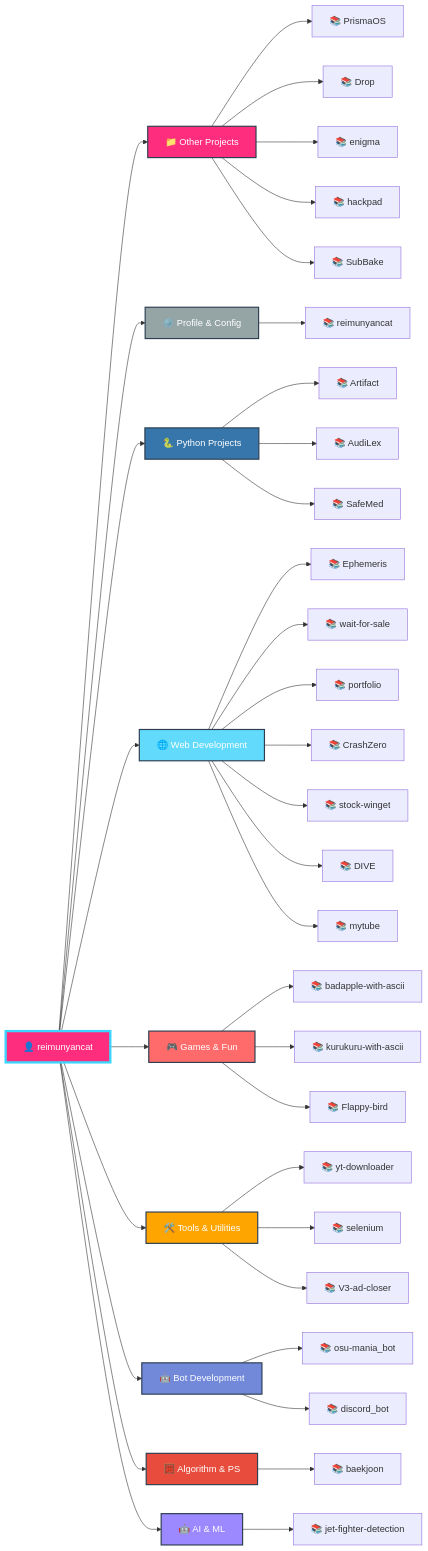
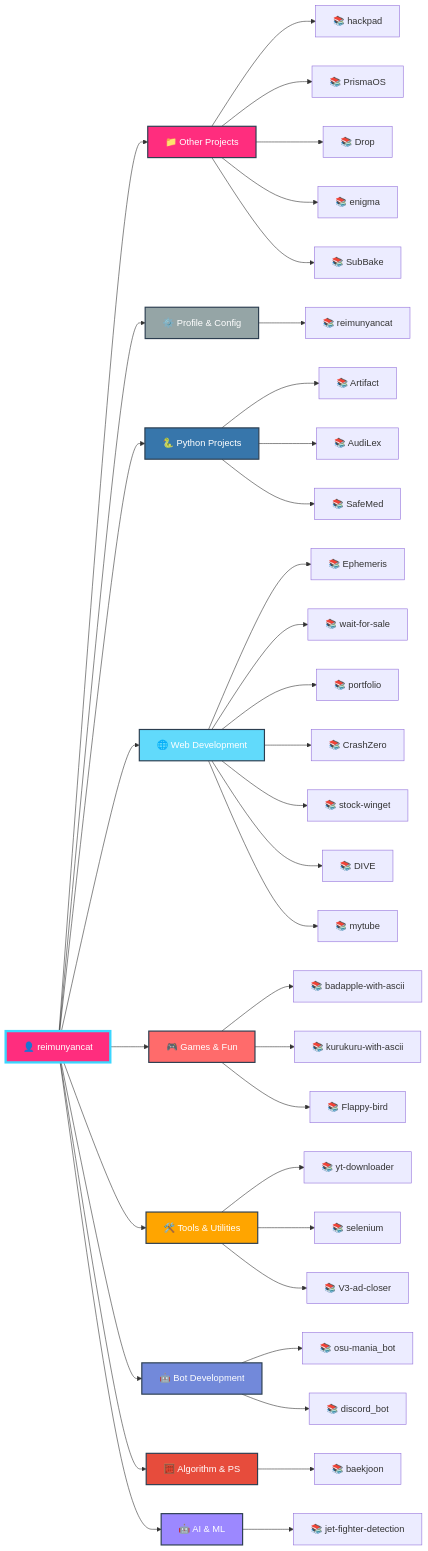
The diagram in README.md (reimunyancat/reimunyancat), drawn with Mermaid before and after one commit. The commit also changed other lines of this file, not shown here.

````diff
--- a/README.md
+++ b/README.md
@@ -159,59 +159,59 @@
 ```mermaid
 graph LR
   A[👤 reimunyancat]
 
   A --> CAT0[📁 Other Projects]
-  CAT0 --> CAT0_0[📚 PrismaOS]
-  CAT0 --> CAT0_1[📚 Drop]
-  CAT0 --> CAT0_2[📚 enigma]
-  CAT0 --> CAT0_3[📚 hackpad]
+  CAT0 --> CAT0_0[📚 hackpad]
+  CAT0 --> CAT0_1[📚 PrismaOS]
+  CAT0 --> CAT0_2[📚 Drop]
+  CAT0 --> CAT0_3[📚 enigma]
   CAT0 --> CAT0_4[📚 SubBake]
 
   A --> CAT1[⚙️ Profile & Config]
   CAT1 --> CAT1_0[📚 reimunyancat]
 
   A --> CAT2[🐍 Python Projects]
   CAT2 --> CAT2_0[📚 Artifact]
   CAT2 --> CAT2_1[📚 AudiLex]
   CAT2 --> CAT2_2[📚 SafeMed]
 
   A --> CAT3[🌐 Web Development]
   CAT3 --> CAT3_0[📚 Ephemeris]
   CAT3 --> CAT3_1[📚 wait-for-sale]
   CAT3 --> CAT3_2[📚 portfolio]
   CAT3 --> CAT3_3[📚 CrashZero]
   CAT3 --> CAT3_4[📚 stock-winget]
   CAT3 --> CAT3_5[📚 DIVE]
   CAT3 --> CAT3_6[📚 mytube]
 
   A --> CAT4[🎮 Games & Fun]
   CAT4 --> CAT4_0[📚 badapple-with-ascii]
   CAT4 --> CAT4_1[📚 kurukuru-with-ascii]
   CAT4 --> CAT4_2[📚 Flappy-bird]
 
   A --> CAT5[🛠️ Tools & Utilities]
   CAT5 --> CAT5_0[📚 yt-downloader]
   CAT5 --> CAT5_1[📚 selenium]
   CAT5 --> CAT5_2[📚 V3-ad-closer]
 
   A --> CAT6[🤖 Bot Development]
   CAT6 --> CAT6_0[📚 osu-mania_bot]
   CAT6 --> CAT6_1[📚 discord_bot]
 
   A --> CAT7[🧮 Algorithm & PS]
   CAT7 --> CAT7_0[📚 baekjoon]
 
   A --> CAT8[🤖 AI & ML]
   CAT8 --> CAT8_0[📚 jet-fighter-detection]
 
   style A fill:#FF2D7E,stroke:#3BD6FF,stroke-width:4px,color:#fff
   style CAT0 fill:#FF2D7E,stroke:#2c3e50,stroke-width:2px,color:#fff
   style CAT1 fill:#95a5a6,stroke:#2c3e50,stroke-width:2px,color:#fff
   style CAT2 fill:#3776ab,stroke:#2c3e50,stroke-width:2px,color:#fff
   style CAT3 fill:#61dafb,stroke:#2c3e50,stroke-width:2px,color:#fff
   style CAT4 fill:#ff6b6b,stroke:#2c3e50,stroke-width:2px,color:#fff
   style CAT5 fill:#ffa500,stroke:#2c3e50,stroke-width:2px,color:#fff
   style CAT6 fill:#7289da,stroke:#2c3e50,stroke-width:2px,color:#fff
   style CAT7 fill:#e74c3c,stroke:#2c3e50,stroke-width:2px,color:#fff
   style CAT8 fill:#9c88ff,stroke:#2c3e50,stroke-width:2px,color:#fff
 ```
````
